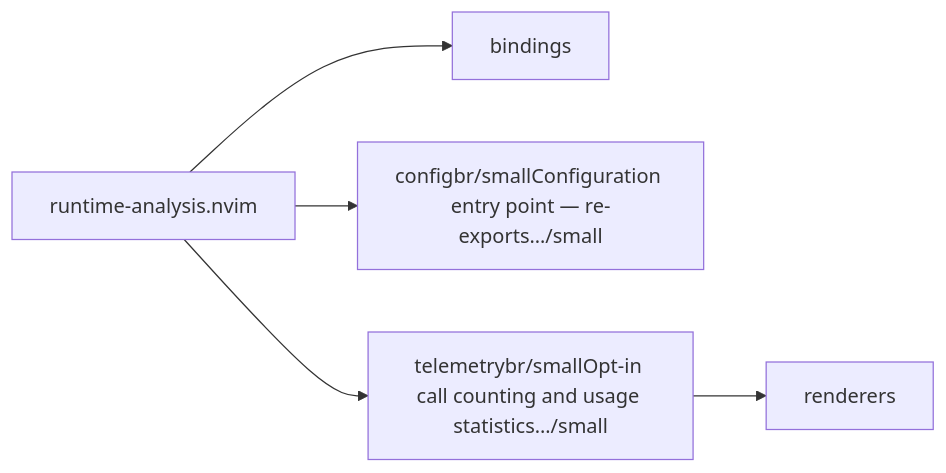
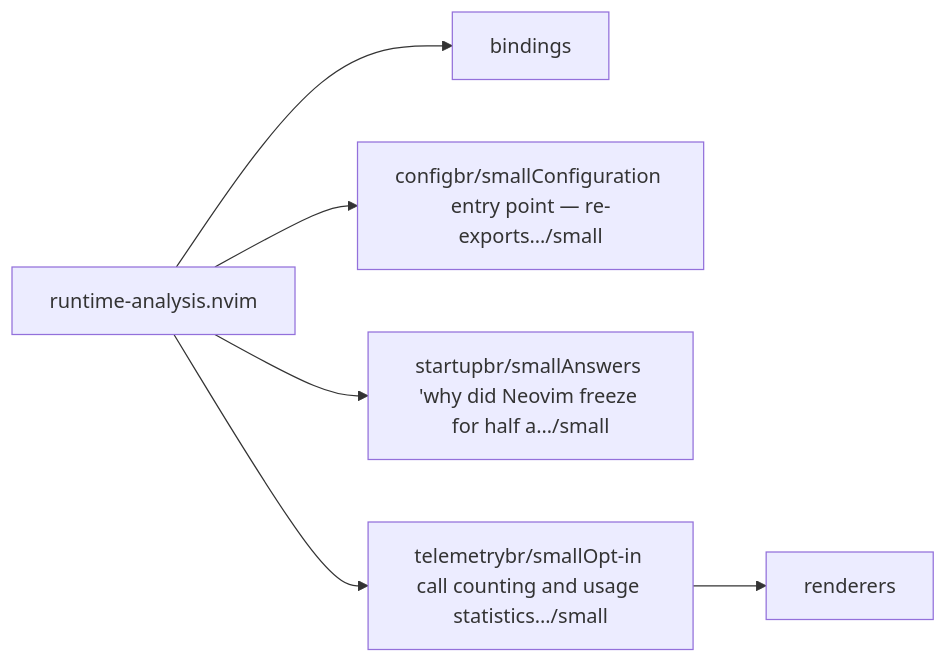
The first of 2 diagrams in docs/map/overview.md (StefanBartl/runtime-analysis.nvim), drawn with Mermaid before and after one commit. The commit also changed other lines of this file and 2 other files, not shown here.

````diff
--- a/docs/map/overview.md
+++ b/docs/map/overview.md
@@ -14,12 +14,14 @@
 ```mermaid
 flowchart LR
   nlua_runtime_analysis["runtime-analysis.nvim"]
   nlua_runtime_analysis_bindings["bindings"]
   nlua_runtime_analysis_config["configbr/smallConfiguration entry point — re-exports…/small"]
+  nlua_runtime_analysis_startup["startupbr/smallAnswers 'why did Neovim freeze for half a…/small"]
   nlua_runtime_analysis_telemetry["telemetrybr/smallOpt-in call counting and usage statistics…/small"]
   nlua_runtime_analysis_telemetry_renderers["renderers"]
   nlua_runtime_analysis --> nlua_runtime_analysis_bindings
   nlua_runtime_analysis --> nlua_runtime_analysis_config
+  nlua_runtime_analysis --> nlua_runtime_analysis_startup
   nlua_runtime_analysis --> nlua_runtime_analysis_telemetry
   nlua_runtime_analysis_telemetry --> nlua_runtime_analysis_telemetry_renderers
 ```
````
